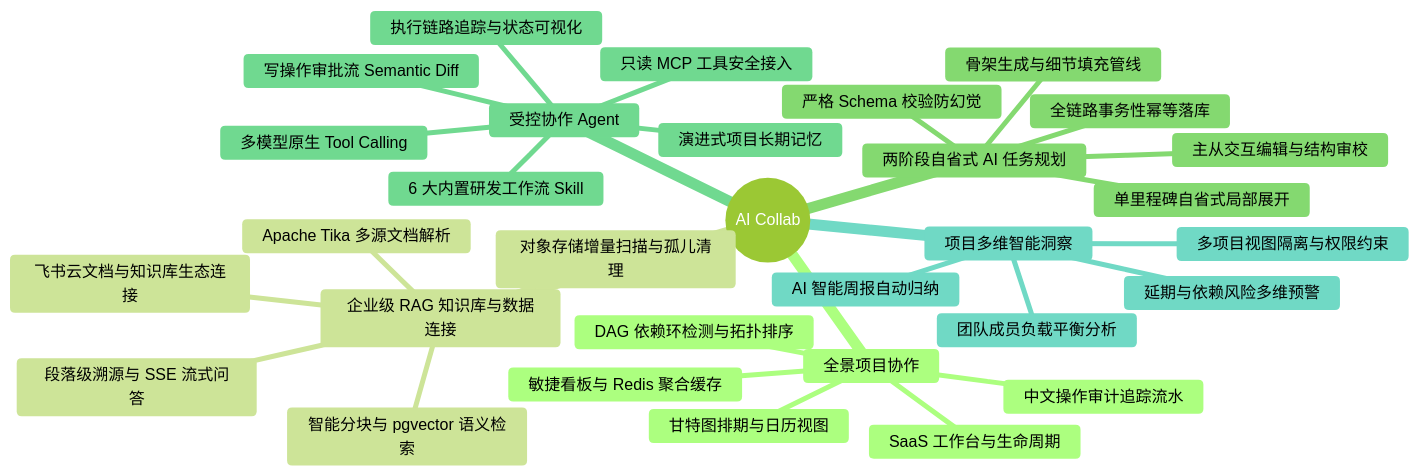
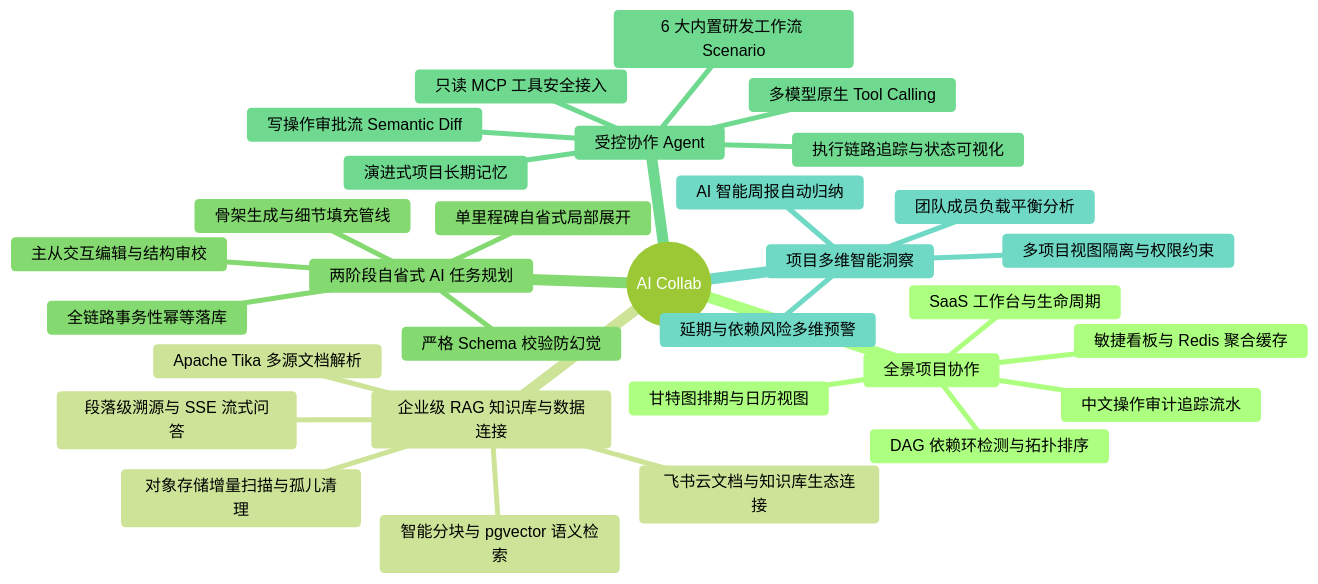
One commit to BangShou1st/ai-collab changed the first of 2 diagrams in README.md. Above: the diagram before and after it, drawn with Mermaid (forest theme). The commit also changed other lines of this file and 65 other files, not shown here.

First line of the commit message:
refactor(agent): J0-3 Skill 更名为 Scenario 并移除关键词路由

````diff
--- a/README.md
+++ b/README.md
@@ -79,34 +79,34 @@
 ```mermaid
 mindmap
   root((AI Collab))
     全景项目协作
       SaaS 工作台与生命周期
       敏捷看板与 Redis 聚合缓存
       DAG 依赖环检测与拓扑排序
       甘特图排期与日历视图
       中文操作审计追踪流水
     企业级 RAG 知识库与数据连接
       Apache Tika 多源文档解析
       智能分块与 pgvector 语义检索
       段落级溯源与 SSE 流式问答
       飞书云文档与知识库生态连接
       对象存储增量扫描与孤儿清理
     两阶段自省式 AI 任务规划
       骨架生成与细节填充管线
       单里程碑自省式局部展开
       主从交互编辑与结构审校
       严格 Schema 校验防幻觉
       全链路事务性幂等落库
     受控协作 Agent
       多模型原生 Tool Calling
-      6 大内置研发工作流 Skill
+      6 大内置研发工作流 Scenario
       写操作审批流 Semantic Diff
       演进式项目长期记忆
       执行链路追踪与状态可视化
       只读 MCP 工具安全接入
     项目多维智能洞察
       AI 智能周报自动归纳
       延期与依赖风险多维预警
       团队成员负载平衡分析
       多项目视图隔离与权限约束
 ```
````
